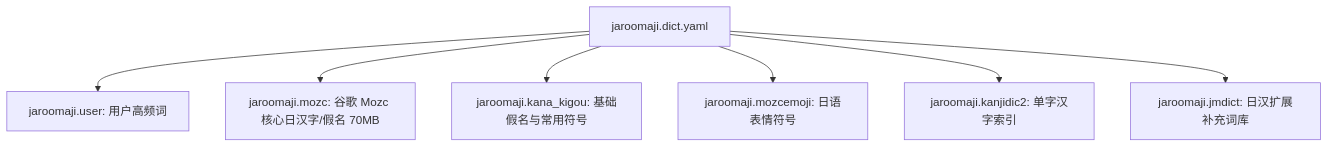
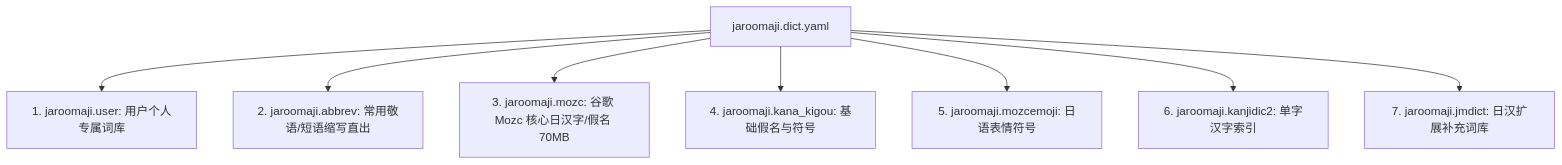
The diagram in documents/jaroomaji_usage_guide.md (iamcheyan/rime), drawn with Mermaid before and after one commit. The commit also changed other lines of this file and 6 other files, not shown here.

Commit message:
feat(jaroomaji): add smart predictive completion filter and dedicated abbreviation dict jaroomaji.abbrev

````diff
--- a/documents/jaroomaji_usage_guide.md
+++ b/documents/jaroomaji_usage_guide.md
@@ -60,9 +93,10 @@
 ```mermaid
 graph TD
-    A[jaroomaji.dict.yaml] --> B[jaroomaji.user: 用户高频词]
-    A --> C[jaroomaji.mozc: 谷歌 Mozc 核心日汉字/假名 70MB]
-    A --> D[jaroomaji.kana_kigou: 基础假名与常用符号]
-    A --> E[jaroomaji.mozcemoji: 日语表情符号]
-    A --> F[jaroomaji.kanjidic2: 单字汉字索引]
-    A --> G[jaroomaji.jmdict: 日汉扩展补充词库]
+    Root[jaroomaji.dict.yaml] --> U[1. jaroomaji.user: 用户个人专属词库]
+    Root --> A[2. jaroomaji.abbrev: 常用敬语/短语缩写直出]
+    Root --> M[3. jaroomaji.mozc: 谷歌 Mozc 核心日汉字/假名 70MB]
+    Root --> K[4. jaroomaji.kana_kigou: 基础假名与符号]
+    Root --> E[5. jaroomaji.mozcemoji: 日语表情符号]
+    Root --> H[6. jaroomaji.kanjidic2: 单字汉字索引]
+    Root --> J[7. jaroomaji.jmdict: 日汉扩展补充词库]
 ```
````
